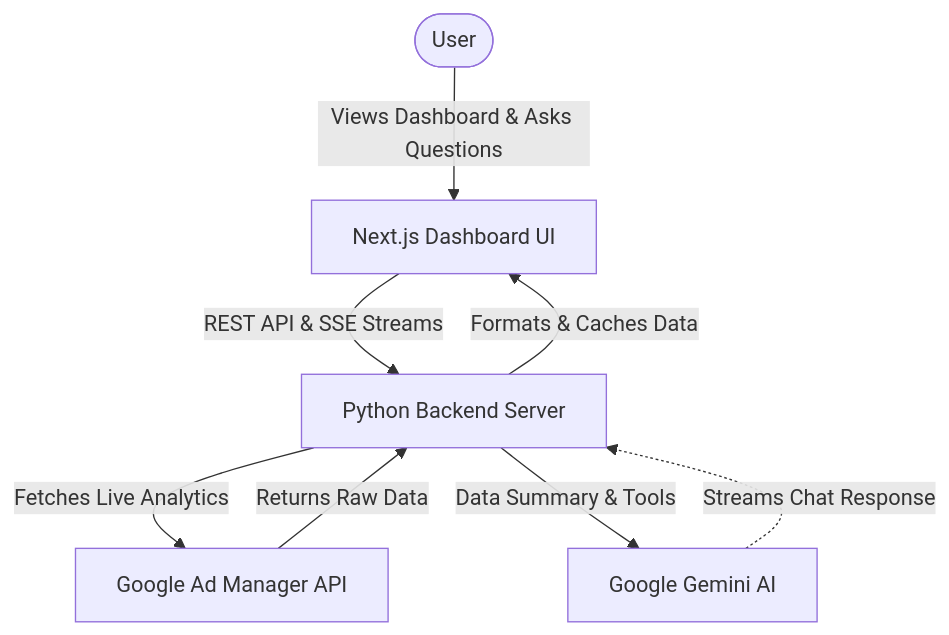
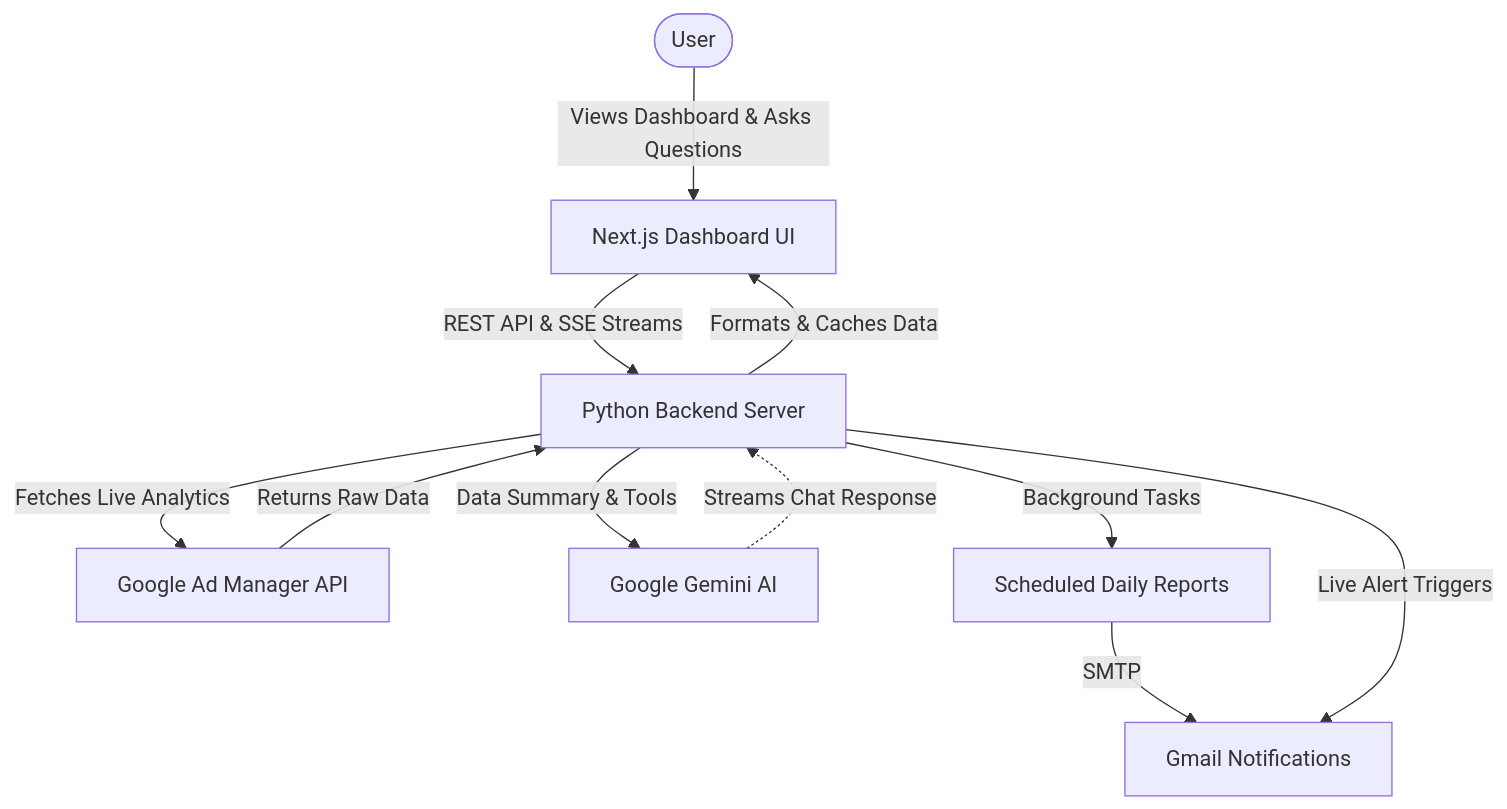
The diagram in README.md (Aryan07175/GAM-360-Live-Reporting-Platform), drawn with Mermaid before and after one commit. The commit also changed other lines of this file, not shown here.

Commit message:
docs: update README with Email Notifications and Ask GAM 360 features

````diff
--- a/README.md
+++ b/README.md
@@ -11,13 +11,17 @@
 ```mermaid
 graph TD
     User([User]) -->|Views Dashboard & Asks Questions| NextJS[Next.js Dashboard UI]
     NextJS -->|REST API & SSE Streams| Python[Python Backend Server]
     
     Python -->|Fetches Live Analytics| GAM[Google Ad Manager API]
     GAM -->|Returns Raw Data| Python
     
     Python -->|Data Summary & Tools| Gemini[Google Gemini AI]
     Gemini -.->|Streams Chat Response| Python
     
     Python -->|Formats & Caches Data| NextJS
+    
+    Python -->|Background Tasks| Cron[Scheduled Daily Reports]
+    Cron -->|SMTP| Gmail[Gmail Notifications]
+    Python -->|Live Alert Triggers| Gmail
 ```
````
